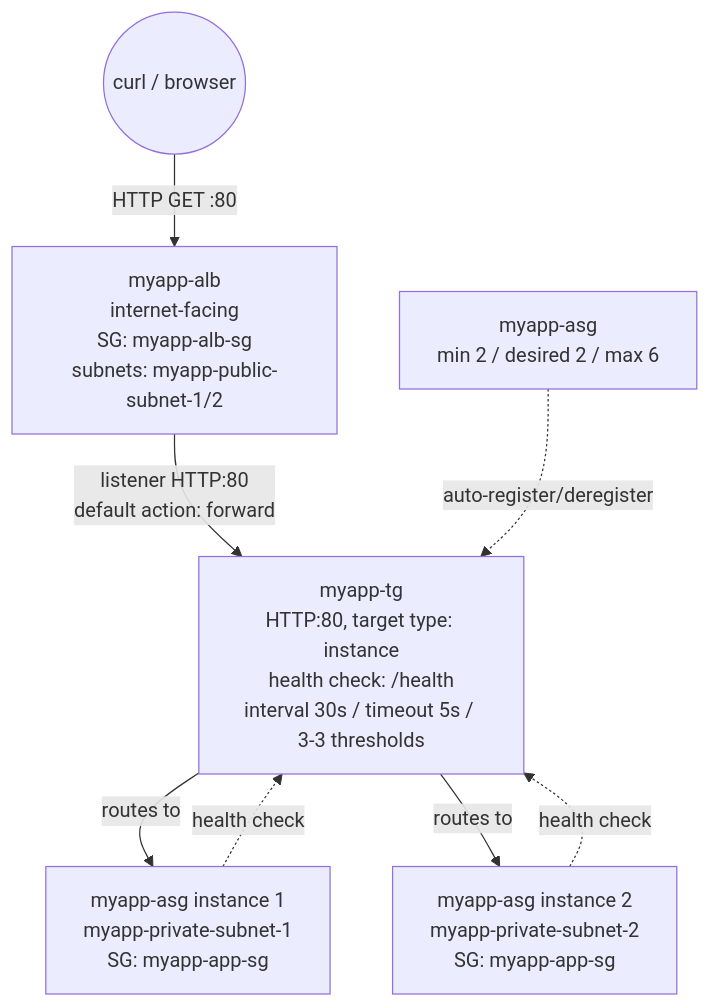
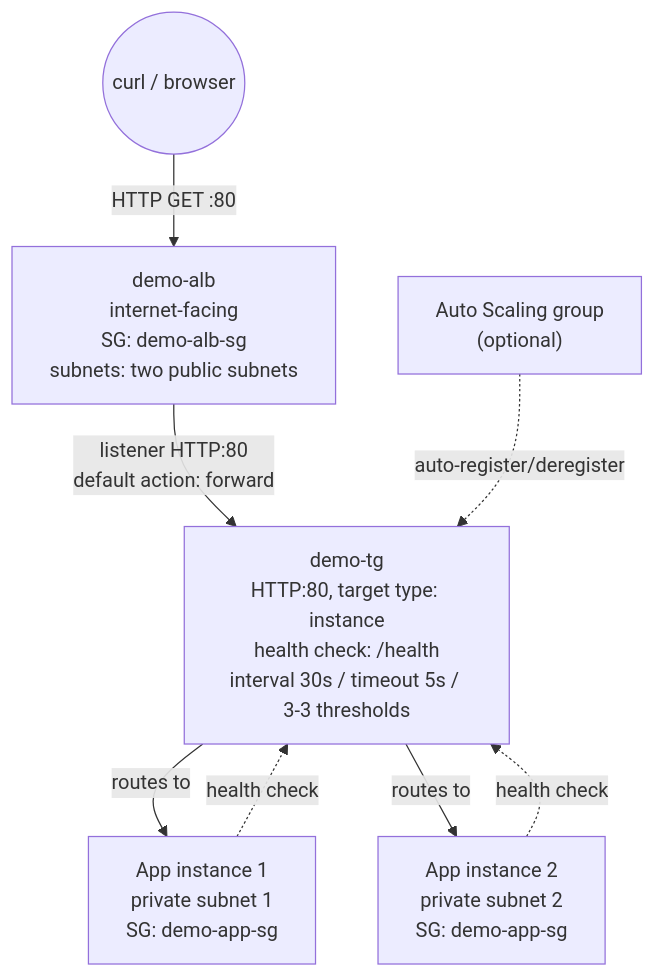
Before and after one commit to msdeepak052/AWS_Imp_Concepts: the diagram in EC2/LoadBalancer/05-Create-Application-Load-Balancer-HandsOn.md, drawn with Mermaid. The commit also changed other lines of this file and 66 other files, not shown here.

````diff
--- a/EC2/LoadBalancer/05-Create-Application-Load-Balancer-HandsOn.md
+++ b/EC2/LoadBalancer/05-Create-Application-Load-Balancer-HandsOn.md
@@ -106,12 +102,12 @@
 ```mermaid
 flowchart TD
-    CLIENT(("curl / browser")) -->|"HTTP GET :80"| ALB["myapp-alb<br/>internet-facing<br/>SG: myapp-alb-sg<br/>subnets: myapp-public-subnet-1/2"]
-    ALB -->|"listener HTTP:80<br/>default action: forward"| TG["myapp-tg<br/>HTTP:80, target type: instance<br/>health check: /health<br/>interval 30s / timeout 5s / 3-3 thresholds"]
+    CLIENT(("curl / browser")) -->|"HTTP GET :80"| ALB["demo-alb<br/>internet-facing<br/>SG: demo-alb-sg<br/>subnets: two public subnets"]
+    ALB -->|"listener HTTP:80<br/>default action: forward"| TG["demo-tg<br/>HTTP:80, target type: instance<br/>health check: /health<br/>interval 30s / timeout 5s / 3-3 thresholds"]
 
-    TG -->|"routes to"| I1["myapp-asg instance 1<br/>myapp-private-subnet-1<br/>SG: myapp-app-sg"]
-    TG -->|"routes to"| I2["myapp-asg instance 2<br/>myapp-private-subnet-2<br/>SG: myapp-app-sg"]
+    TG -->|"routes to"| I1["App instance 1<br/>private subnet 1<br/>SG: demo-app-sg"]
+    TG -->|"routes to"| I2["App instance 2<br/>private subnet 2<br/>SG: demo-app-sg"]
 
-    ASG["myapp-asg<br/>min 2 / desired 2 / max 6"] -.->|"auto-register/deregister"| TG
+    ASG["Auto Scaling group<br/>(optional)"] -.->|"auto-register/deregister"| TG
     I1 -.->|"health check"| TG
     I2 -.->|"health check"| TG
 ```
````
